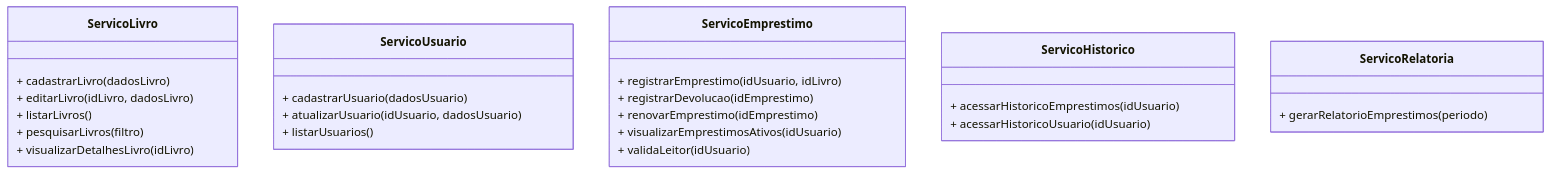
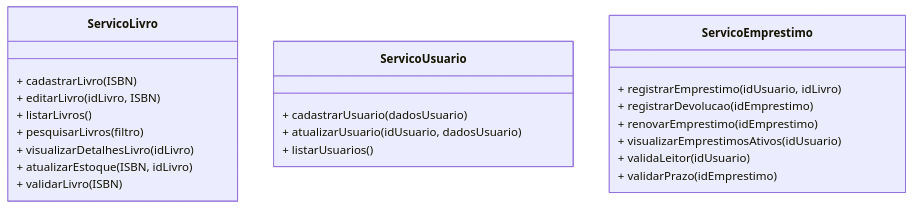
One commit to Marcela1204/CC7532_Bibliomania changed the second of 2 diagrams in lab3/diagrama_componentes_software.md. Above: the diagram before and after it, drawn with Mermaid. The commit also changed other lines of this file, not shown here.

Commit message:
alterações diagrama de interfaces

````diff
--- a/lab3/diagrama_componentes_software.md
+++ b/lab3/diagrama_componentes_software.md
@@ -97,33 +91,28 @@
 ```mermaid
 classDiagram
     class ServicoLivro {
-        + cadastrarLivro(dadosLivro)
-        + editarLivro(idLivro, dadosLivro)
+        + cadastrarLivro(ISBN)
+        + editarLivro(idLivro, ISBN)
         + listarLivros()
         + pesquisarLivros(filtro)
         + visualizarDetalhesLivro(idLivro)
+        + atualizarEstoque(ISBN, idLivro)
+        + validarLivro(ISBN)
     }
 
     class ServicoUsuario {
         + cadastrarUsuario(dadosUsuario)
         + atualizarUsuario(idUsuario, dadosUsuario)
         + listarUsuarios()
     }
 
     class ServicoEmprestimo {
         + registrarEmprestimo(idUsuario, idLivro)
         + registrarDevolucao(idEmprestimo)
         + renovarEmprestimo(idEmprestimo)
         + visualizarEmprestimosAtivos(idUsuario)
         + validaLeitor(idUsuario)
+        + validarPrazo(idEmprestimo)
     }
 
-    class ServicoHistorico {
-        + acessarHistoricoEmprestimos(idUsuario)
-        + acessarHistoricoUsuario(idUsuario)
-    }
-
-    class ServicoRelatoria {
-        + gerarRelatorioEmprestimos(periodo)
-    }
 ```
````
